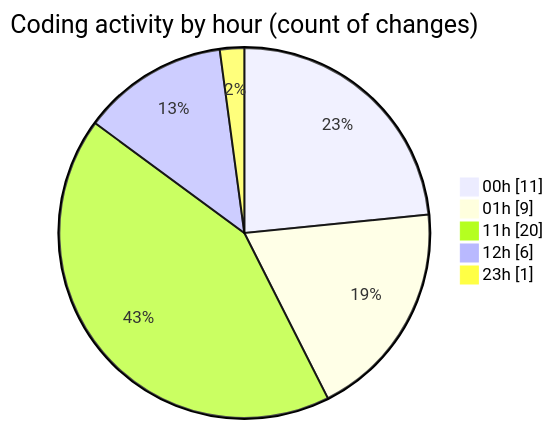
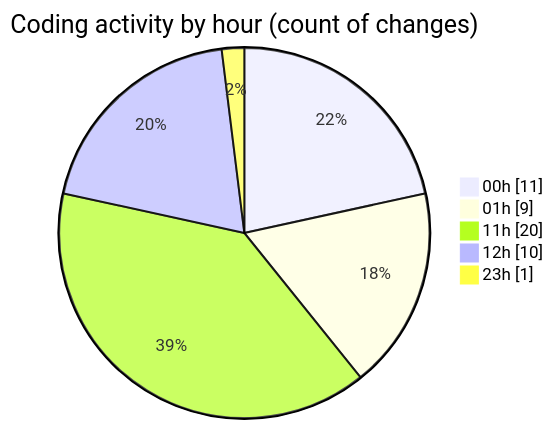
One commit to lephambinh05/code-tracking changed the second of 2 diagrams in 2025-07-18/nhahang/README.md. Above: the diagram before and after it, drawn with Mermaid. The commit also changed other lines of this file and 1 other file, not shown here.

````diff
--- a/2025-07-18/nhahang/README.md
+++ b/2025-07-18/nhahang/README.md
@@ -47,9 +47,9 @@
 ```mermaid
 pie showData
 title Coding activity by hour (count of changes)
 "00h" : 11
 "01h" : 9
 "11h" : 20
-"12h" : 6
+"12h" : 10
 "23h" : 1
 ```
````
